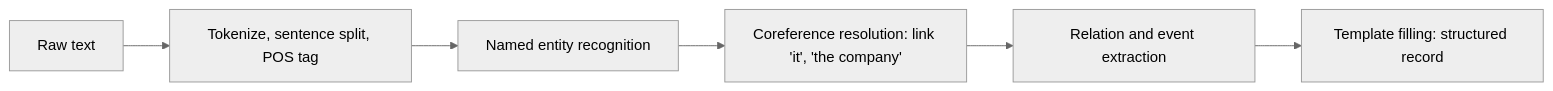
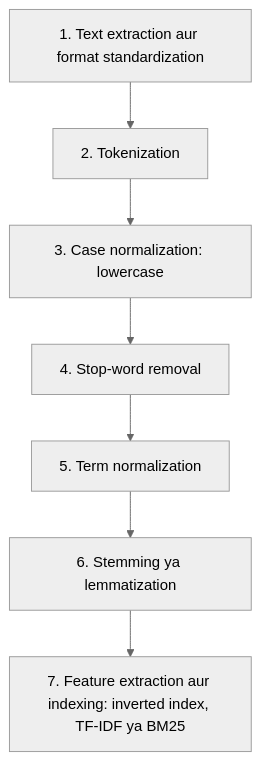
The fourth of 9 diagrams in content/natural-language-processing/notes/nlp-applications.hi.mdx (TrendySloth1001/sem-seven-notes), drawn with Mermaid (neutral theme) before and after one commit. The commit also changed other lines of this file and 406 other files, not shown here.

````diff
--- a/content/natural-language-processing/notes/nlp-applications.hi.mdx
+++ b/content/natural-language-processing/notes/nlp-applications.hi.mdx
@@ -584,9 +167,10 @@
 ```mermaid
-%% caption: Ek typical IE pipeline. Har stage structure jodta hai, aur last stage ek table bharta hai jisme database ki tarah search ho sakta hai.
-flowchart LR
-  A["Raw text"] --> B["Tokenize, sentence split, POS tag"]
-  B --> C["Named entity recognition"]
-  C --> D["Coreference resolution: link 'it', 'the company'"]
-  D --> E["Relation and event extraction"]
-  E --> F["Template filling: structured record"]
+%% caption: Information retrieval ke liye text processing, raw file se ranked index tak.
+flowchart TD
+  A["1. Text extraction aur format standardization"] --> B["2. Tokenization"]
+  B --> C["3. Case normalization: lowercase"]
+  C --> D["4. Stop-word removal"]
+  D --> E["5. Term normalization"]
+  E --> F["6. Stemming ya lemmatization"]
+  F --> G["7. Feature extraction aur indexing: inverted index, TF-IDF ya BM25"]
 ```
````
